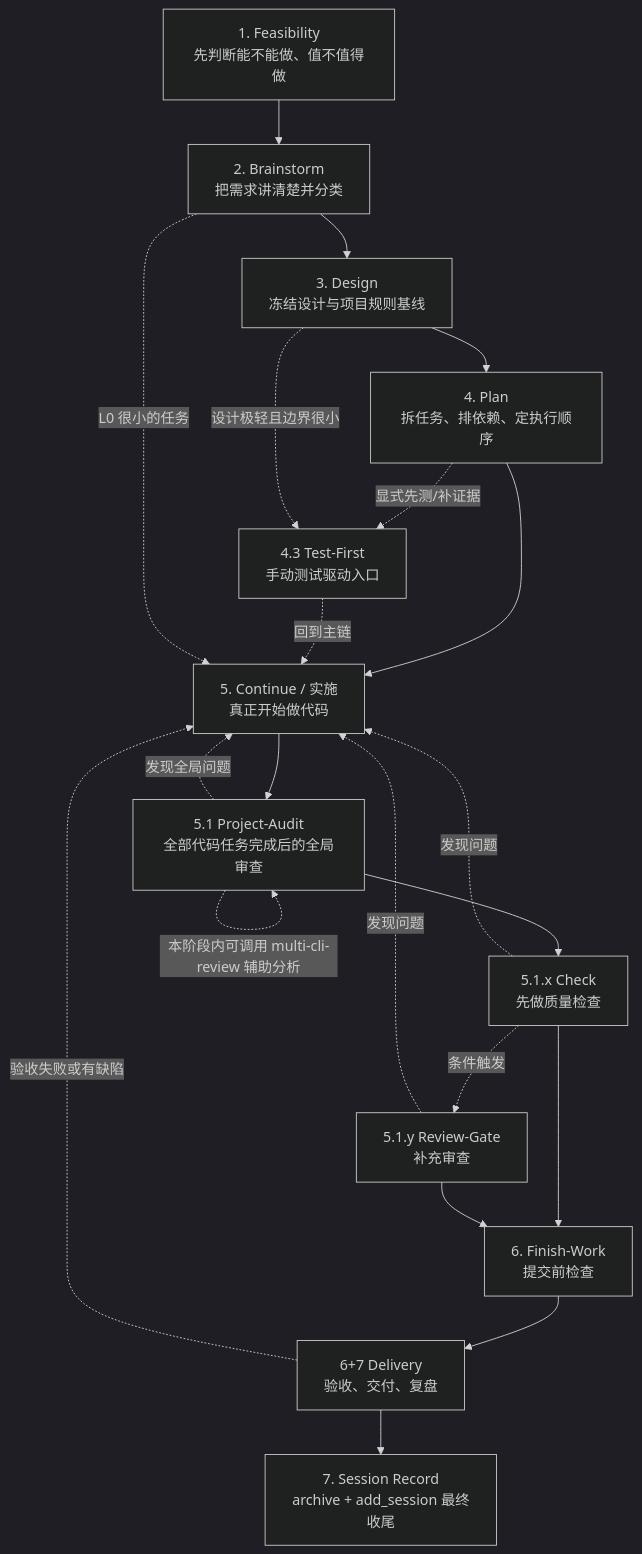
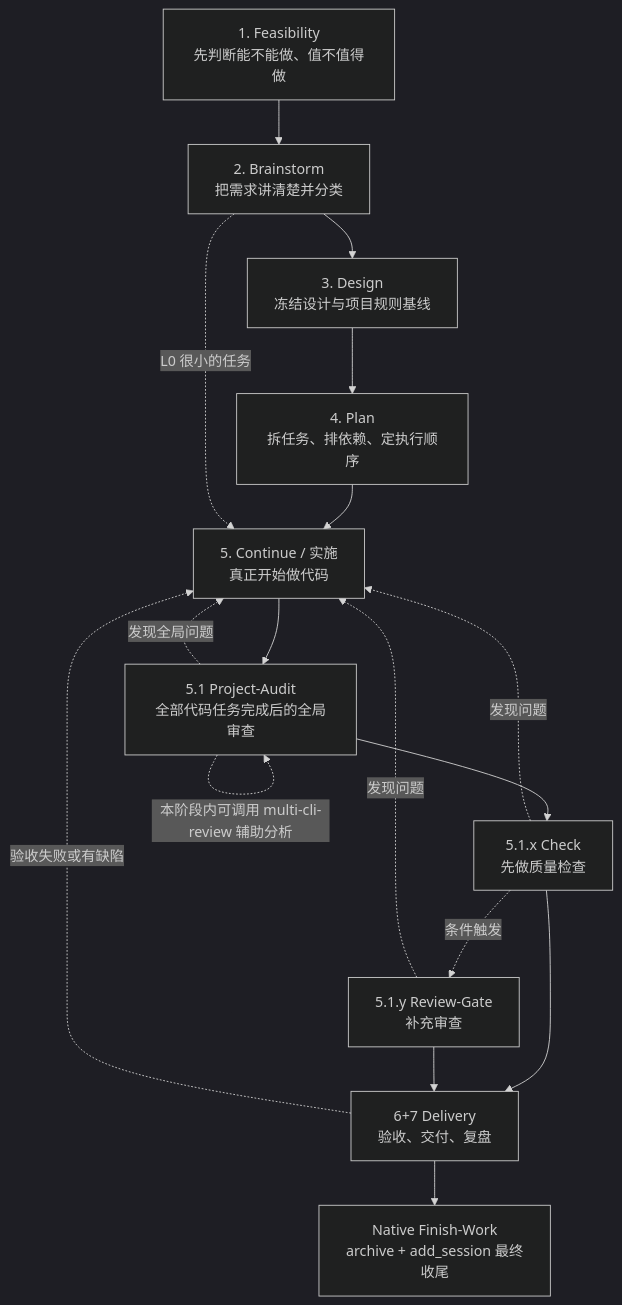
Before and after one commit to StarForAll/ai-coding-toolkit: the diagram in docs/workflows/新项目开发工作流/工作流全局流转说明（通俗版）.md, drawn with Mermaid (dark theme). The commit also changed other lines of this file and 20 other files, not shown here.

````diff
--- a/docs/workflows/新项目开发工作流/工作流全局流转说明（通俗版）.md
+++ b/docs/workflows/新项目开发工作流/工作流全局流转说明（通俗版）.md
@@ -64,24 +64,20 @@
 ```mermaid
 flowchart TD
     A[1. Feasibility<br/>先判断能不能做、值不值得做] --> B[2. Brainstorm<br/>把需求讲清楚并分类]
     B --> C[3. Design<br/>冻结设计与项目规则基线]
     C --> D[4. Plan<br/>拆任务、排依赖、定执行顺序]
     D --> F[5. Continue / 实施<br/>真正开始做代码]
-    D -. 显式先测/补证据 .-> E[4.3 Test-First<br/>手动测试驱动入口]
-    E -. 回到主链 .-> F
     F --> G[5.1 Project-Audit<br/>全部代码任务完成后的全局审查]
     G --> H[5.1.x Check<br/>先做质量检查]
-    H --> J[6. Finish-Work<br/>提交前检查]
+    H --> K[6+7 Delivery<br/>验收、交付、复盘]
     H -. 条件触发 .-> I[5.1.y Review-Gate<br/>补充审查]
-    I --> J
-    J --> K[6+7 Delivery<br/>验收、交付、复盘]
-    K --> L[7. Session Record<br/>archive + add_session 最终收尾]
+    I --> K
+    K --> L[Native Finish-Work<br/>archive + add_session 最终收尾]
 
     B -. L0 很小的任务 .-> F
-    C -. 设计极轻且边界很小 .-> E
     G -. 发现全局问题 .-> F
     G -. 本阶段内可调用 multi-cli-review 辅助分析 .-> G
     H -. 发现问题 .-> F
     I -. 发现问题 .-> F
     K -. 验收失败或有缺陷 .-> F
 ```
````
